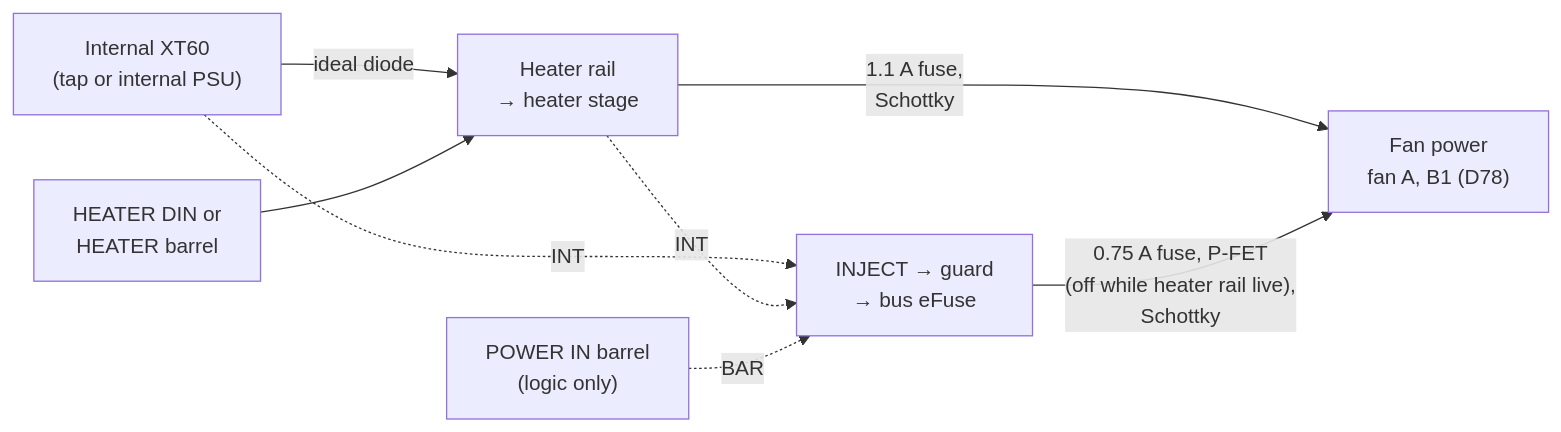
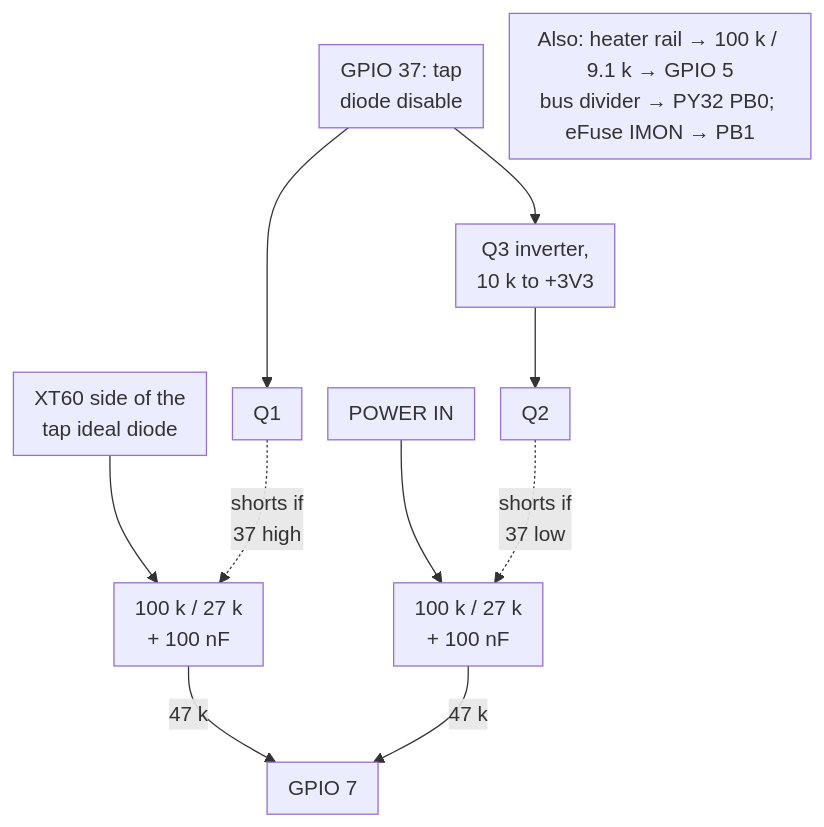
One commit to BashfulBits/3dp-fleet-exhaust changed the second of 3 diagrams in docs/02_hardware_specification.md. Above: the diagram before and after it, drawn with Mermaid. The commit also changed other lines of this file and 10 other files, not shown here.

First line of the commit message:
Docs: add block, flow and layout diagrams; fix stale supply text

````diff
--- a/docs/02_hardware_specification.md
+++ b/docs/02_hardware_specification.md
@@ -70,10 +82,13 @@
 ```mermaid
-flowchart LR
-  HIN["Internal XT60<br>(tap or internal PSU)"] -->|"ideal diode"| HR["Heater rail<br>→ heater stage"]
-  HB["HEATER DIN or<br>HEATER barrel"] --> HR
-  HIN -.->|"INT"| EF["INJECT → guard<br>→ bus eFuse"]
-  HR -.->|"INT"| EF
-  BAR["POWER IN barrel<br>(logic only)"] -.->|"BAR"| EF
-  HR -->|"1.1 A fuse,<br>Schottky"| FF["Fan power<br>fan A, B1 (D78)"]
-  EF -->|"0.75 A fuse, P-FET<br>(off while heater rail live),<br>Schottky"| FF
+%%{init: {'flowchart': {'nodeSpacing': 20, 'padding': 8}}}%%
+flowchart TB
+  XT["XT60 side of the<br>tap ideal diode"] --> DX["100 k / 27 k<br>+ 100 nF"]
+  PIN["POWER IN"] --> DP["100 k / 27 k<br>+ 100 nF"]
+  DX -->|"47 k"| G7["GPIO 7"]
+  DP -->|"47 k"| G7
+  G37["GPIO 37: tap<br>diode disable"] --> Q1["Q1"]
+  G37 --> Q3["Q3 inverter,<br>10 k to +3V3"] --> Q2["Q2"]
+  Q1 -.->|"shorts if<br>37 high"| DX
+  Q2 -.->|"shorts if<br>37 low"| DP
+  O["Also: heater rail → 100 k / 9.1 k → GPIO 5<br>bus divider → PY32 PB0; eFuse IMON → PB1"]
 ```
````
